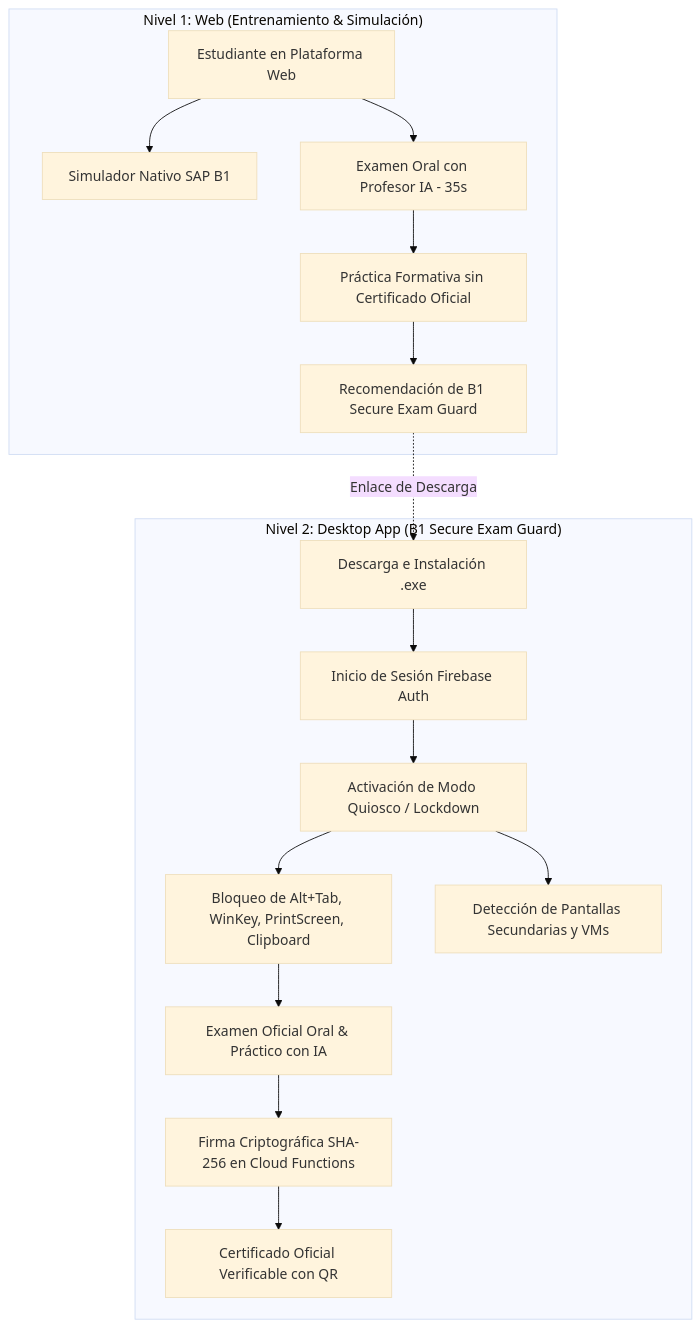
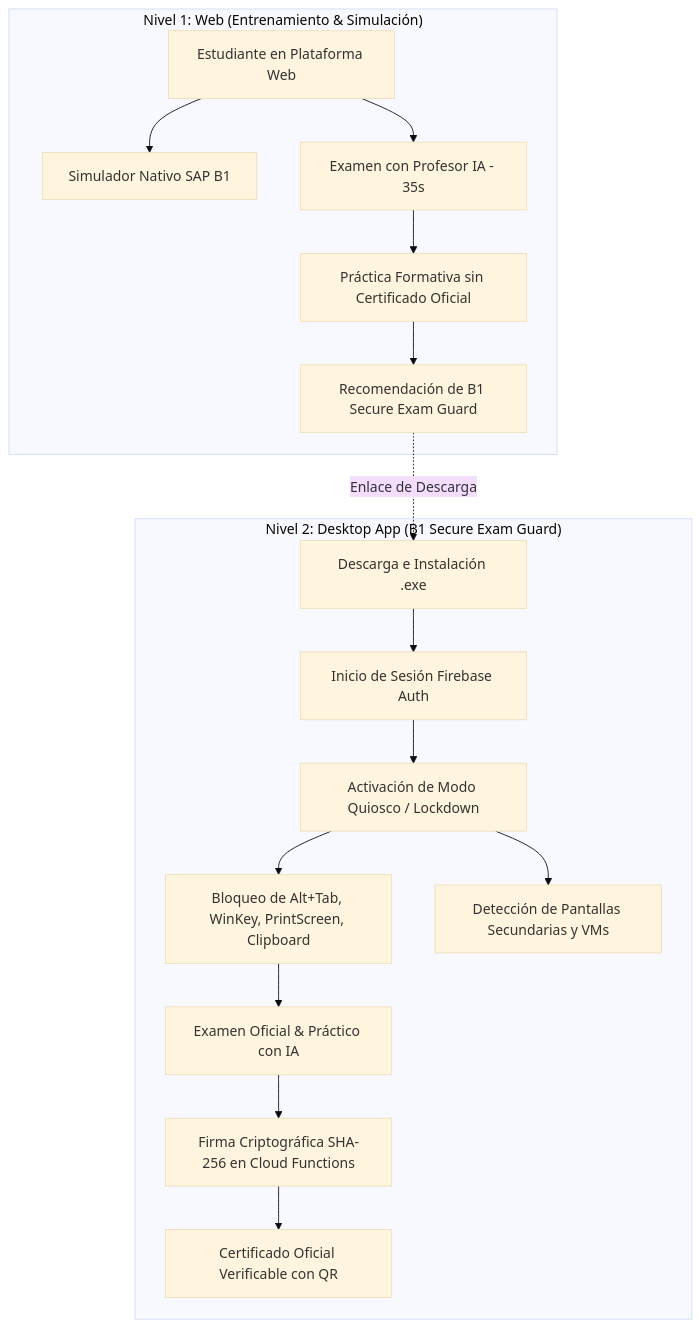
The first of 2 diagrams in docs/08_B1_Secure_Exam_App.md (pablofgarciaf/B1-ACADEMY), drawn with Mermaid (base theme) before and after one commit. The commit also changed other lines of this file and 25 other files, not shown here.

````diff
--- a/docs/08_B1_Secure_Exam_App.md
+++ b/docs/08_B1_Secure_Exam_App.md
@@ -15,21 +15,21 @@
 ```mermaid
 graph TD
     subgraph "Nivel 1: Web (Entrenamiento & Simulación)"
         A[Estudiante en Plataforma Web] --> B[Simulador Nativo SAP B1]
-        A --> C[Examen Oral con Profesor IA - 35s]
+        A --> C[Examen con Profesor IA - 35s]
         C --> D[Práctica Formativa sin Certificado Oficial]
         D --> E[Recomendación de B1 Secure Exam Guard]
     end
 
     subgraph "Nivel 2: Desktop App (B1 Secure Exam Guard)"
         F[Descarga e Instalación .exe] --> G[Inicio de Sesión Firebase Auth]
         G --> H[Activación de Modo Quiosco / Lockdown]
         H --> I[Bloqueo de Alt+Tab, WinKey, PrintScreen, Clipboard]
         H --> J[Detección de Pantallas Secundarias y VMs]
-        I --> K[Examen Oficial Oral & Práctico con IA]
+        I --> K[Examen Oficial & Práctico con IA]
         K --> L[Firma Criptográfica SHA-256 en Cloud Functions]
         L --> M[Certificado Oficial Verificable con QR]
     end
 
     E -.->|Enlace de Descarga| F
 ```
````
